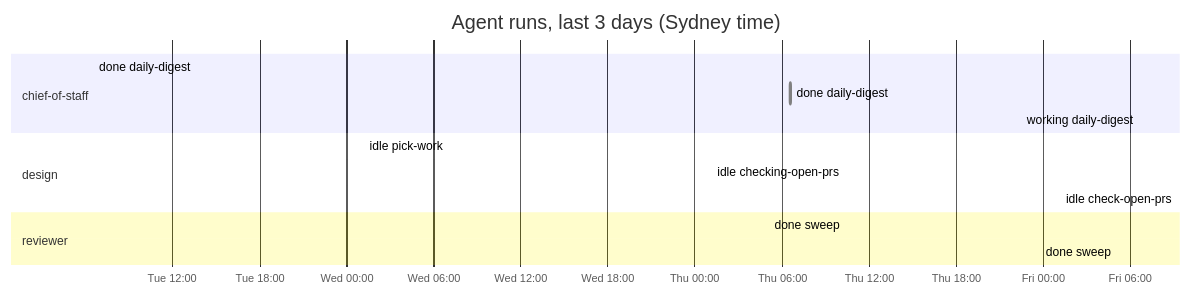
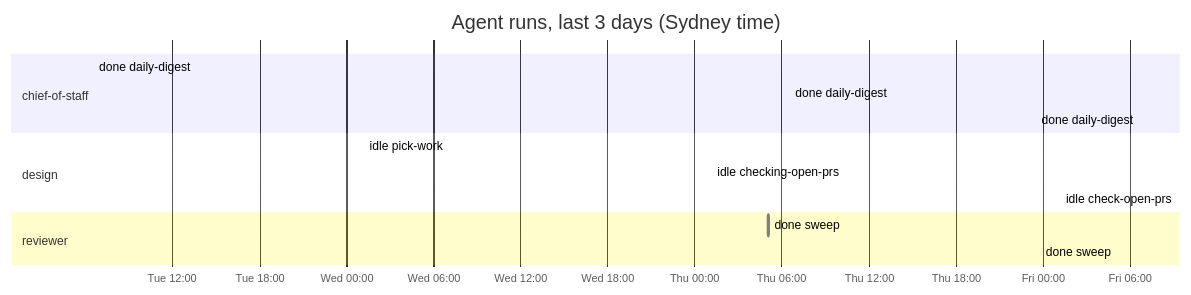
Before and after one commit to roulmediateam-byte/fifteen-expert-hq: the diagram in dashboard.md, drawn with Mermaid. The commit also changed other lines of this file and 1 other file, not shown here.

````diff
--- a/dashboard.md
+++ b/dashboard.md
@@ -38,17 +39,17 @@
 ```mermaid
 gantt
     title Agent runs, last 3 days (Sydney time)
     dateFormat YYYY-MM-DD HH:mm
     axisFormat %a %H:%M
     section chief-of-staff
     done daily-digest :done, 2026-11-10 06:35, 2026-11-10 06:37
     done daily-digest :done, 2026-11-12 06:35, 2026-11-12 06:36
-    working daily-digest :active, 2026-11-13 06:34, 2026-11-13 06:35
+    done daily-digest :done, 2026-11-13 06:34, 2026-11-13 06:36
     section design
     idle pick-work :done, 2026-11-11 01:12, 2026-11-11 01:12
     idle checking-open-prs :done, 2026-11-12 01:11, 2026-11-12 01:12
     idle check-open-prs :done, 2026-11-13 01:11, 2026-11-13 01:11
     section reviewer
     done sweep :done, 2026-11-12 05:05, 2026-11-12 05:06
     done sweep :done, 2026-11-13 05:05, 2026-11-13 05:05
 ```
````
